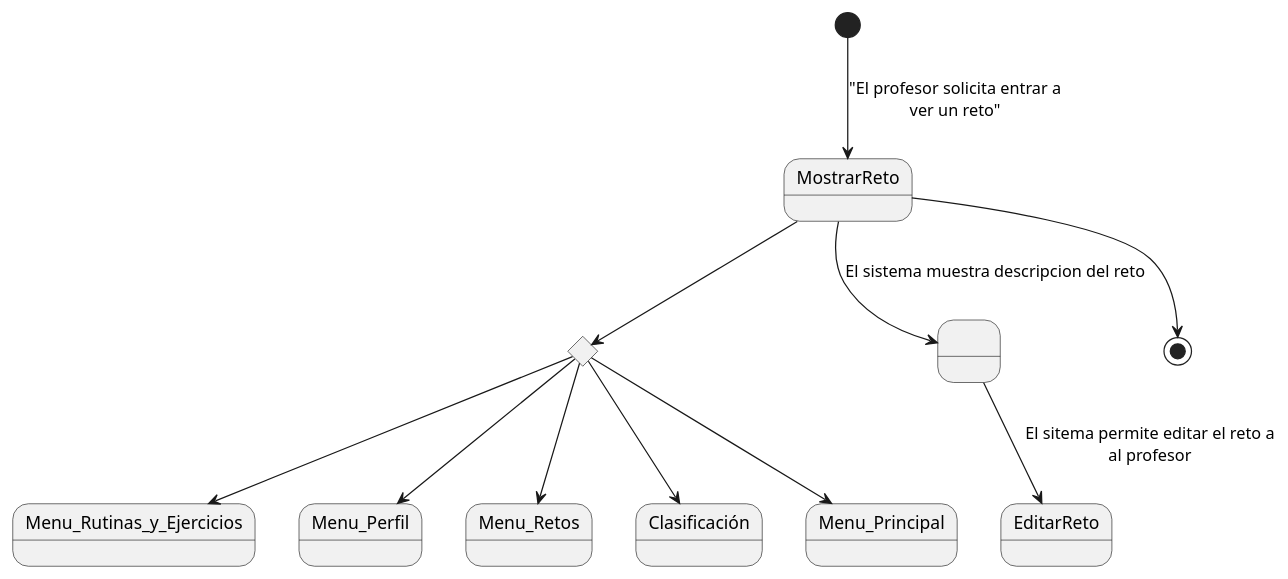
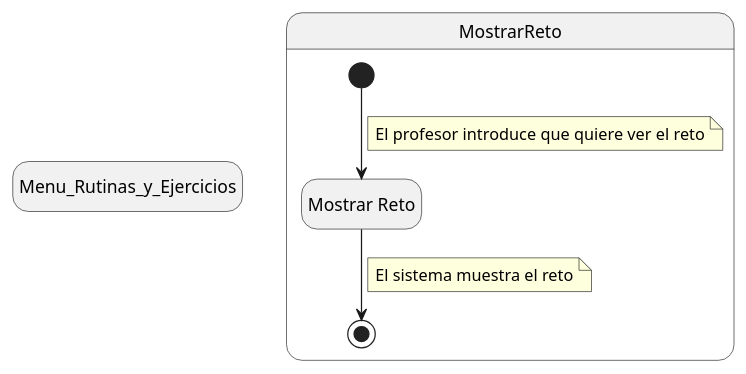
Before and after one commit to mmasias/24-25-IdSw1-SDR: the diagram in Documentos/DetallarCasosDeUso/Profesor/MostrarReto.puml, drawn with PlantUML. The commit also changed 1 other file, not shown here.

Commit message:
Revisar Mostrar Reto

```diff
--- a/Documentos/DetallarCasosDeUso/Profesor/MostrarReto.puml
+++ b/Documentos/DetallarCasosDeUso/Profesor/MostrarReto.puml
@@ -1,26 +1,18 @@
-@startuml
+@startuml MostrarReto
+
+hide empty description
+
 state Menu_Rutinas_y_Ejercicios
-state rombo2 <<choice>>
 
-state EditarReto
-state MostrarReto
-state Menu_Perfil
-state Menu_Retos
-state Clasificación
-state Menu_Principal
-state " " as Estado1
-
-[*] --> MostrarReto : "El profesor solicita entrar a\nver un reto"
-
-MostrarReto --> Estado1 : El sistema muestra descripcion del reto
-Estado1 --> EditarReto : El sitema permite editar el reto a\nal profesor
-
-MostrarReto --> rombo2
-rombo2 --> Menu_Perfil
-rombo2 --> Menu_Retos
-rombo2 --> Clasificación
-rombo2 --> Menu_Principal
-rombo2 --> Menu_Rutinas_y_Ejercicios
-
-MostrarReto --> [*]
+state MostrarReto{
+    state VerReto as "Mostrar Reto"
+    [*] --> VerReto 
+    note on link
+        El profesor introduce que quiere ver el reto
+    end note
+    VerReto --> [*]
+    note on link
+        El sistema muestra el reto
+    end note
+}
 @enduml
```
